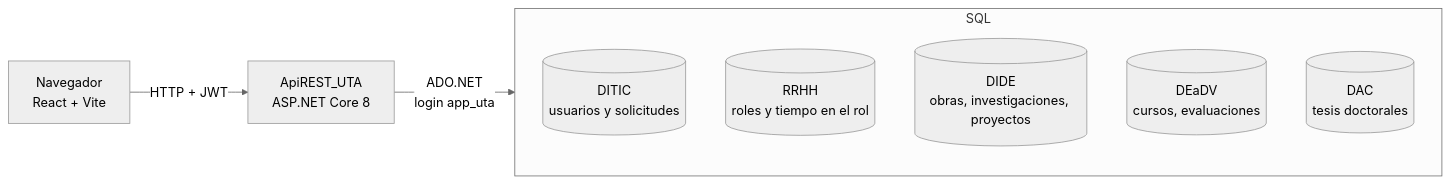
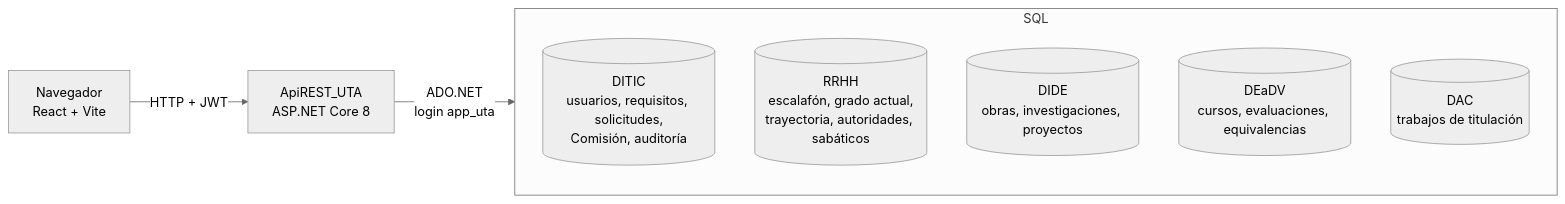
Before and after one commit to kiramman-mp3/promocion-docente-escalafon: the first of 2 diagrams in docs/arquitectura.md, drawn with Mermaid (neutral theme). The commit also changed other lines of this file and 4 other files, not shown here.

Commit message:
docs: update architecture, frontend, development and known issues

````diff
--- a/docs/arquitectura.md
+++ b/docs/arquitectura.md
@@ -7,12 +7,12 @@
 ```mermaid
 flowchart LR
     Navegador["Navegador<br/>React + Vite"] -- "HTTP + JWT" --> API["ApiREST_UTA<br/>ASP.NET Core 8"]
     API -- "ADO.NET<br/>login app_uta" --> SQL[("SQL Server 2022")]
     subgraph SQL
-        DITIC[(DITIC<br/>usuarios y solicitudes)]
-        RRHH[(RRHH<br/>roles y tiempo en el rol)]
+        DITIC[(DITIC<br/>usuarios, requisitos, solicitudes,<br/>Comisión, auditoría)]
+        RRHH[(RRHH<br/>escalafón, grado actual,<br/>trayectoria, autoridades, sabáticos)]
         DIDE[(DIDE<br/>obras, investigaciones, proyectos)]
-        DEaDV[(DEaDV<br/>cursos, evaluaciones)]
-        DAC[(DAC<br/>tesis doctorales)]
+        DEaDV[(DEaDV<br/>cursos, evaluaciones, equivalencias)]
+        DAC[(DAC<br/>trabajos de titulación)]
     end
 ```
````
